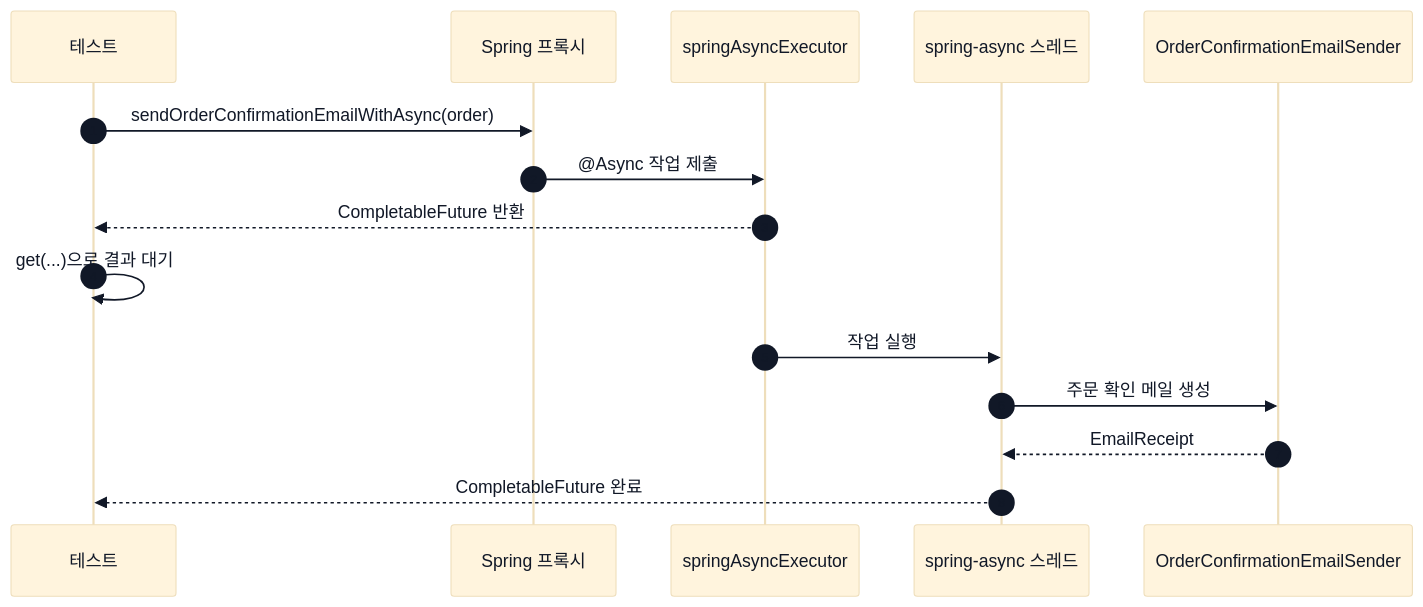
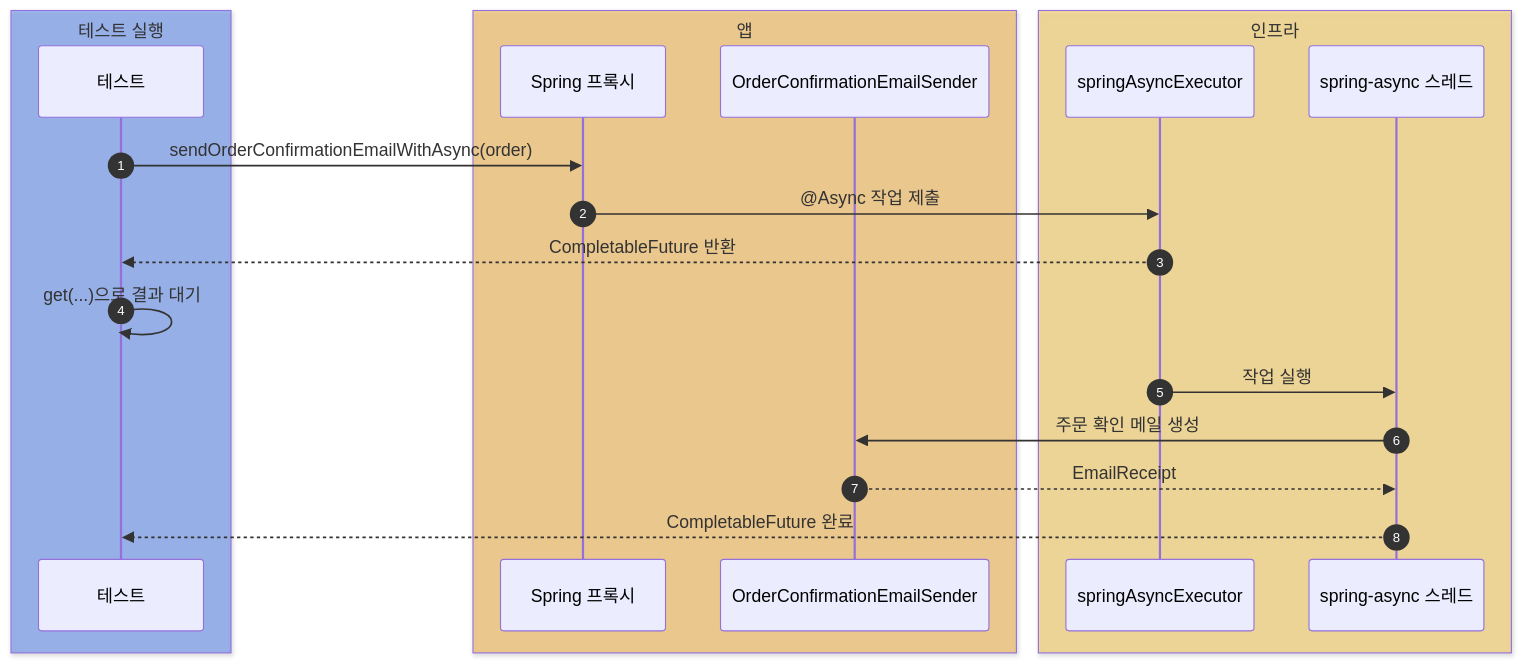
One commit to HJC96/deep-dive changed the first of 5 diagrams in labs/spring/README.md. Above: the diagram before and after it, drawn with Mermaid. The commit also changed other lines of this file and 4 other files, not shown here.

````diff
--- a/labs/spring/README.md
+++ b/labs/spring/README.md
@@ -38,19 +38,27 @@
 ```mermaid
-%%{init: {"theme": "base", "themeVariables": {"primaryTextColor": "#111827", "secondaryTextColor": "#111827", "tertiaryTextColor": "#111827", "actorTextColor": "#111827", "signalTextColor": "#111827", "labelTextColor": "#111827", "noteTextColor": "#111827", "noteBkgColor": "#ffffff", "noteBorderColor": "#374151", "sequenceNumberColor": "#111827"}}}%%
 sequenceDiagram
     autonumber
+
+    box rgba(37, 99, 235, 0.40) 테스트 실행
     participant Test as 테스트
+    end
+
+    box rgba(245, 158, 11, 0.40) 앱
     participant Proxy as Spring 프록시
+    participant Sender as OrderConfirmationEmailSender
+    end
+
+    box rgba(251, 191, 36, 0.40) 인프라
     participant Executor as springAsyncExecutor
     participant Worker as spring-async 스레드
-    participant Sender as OrderConfirmationEmailSender
+    end
 
     Test->>Proxy: sendOrderConfirmationEmailWithAsync(order)
     Proxy->>Executor: @Async 작업 제출
     Executor-->>Test: CompletableFuture 반환
     Test->>Test: get(...)으로 결과 대기
     Executor->>Worker: 작업 실행
     Worker->>Sender: 주문 확인 메일 생성
     Sender-->>Worker: EmailReceipt
     Worker-->>Test: CompletableFuture 완료
 ```
````
